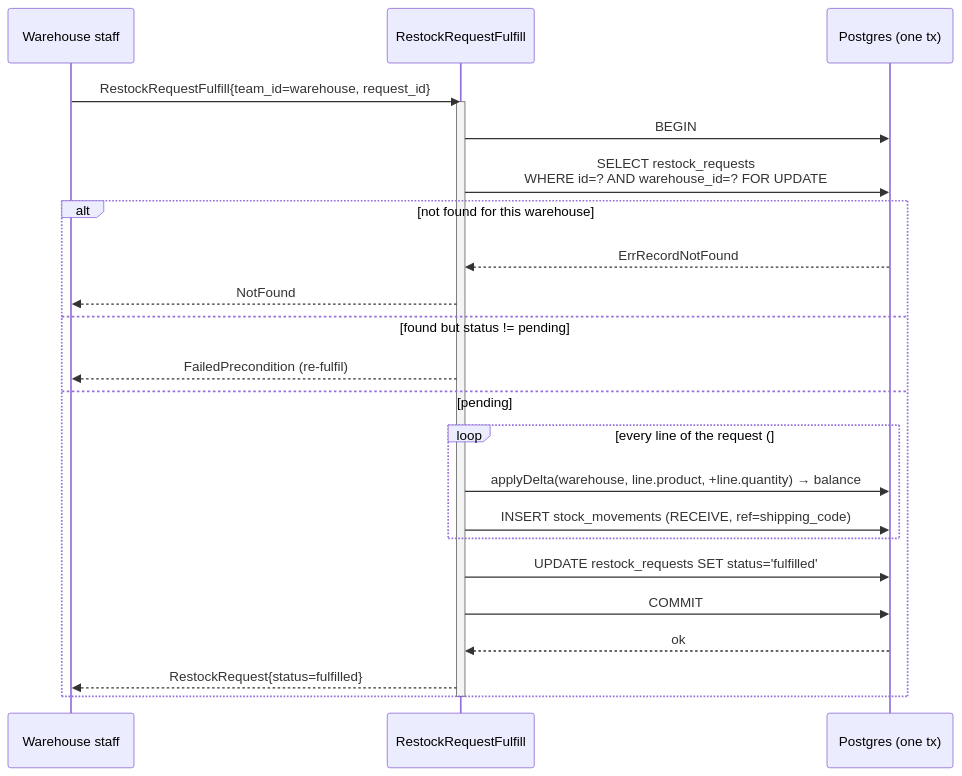
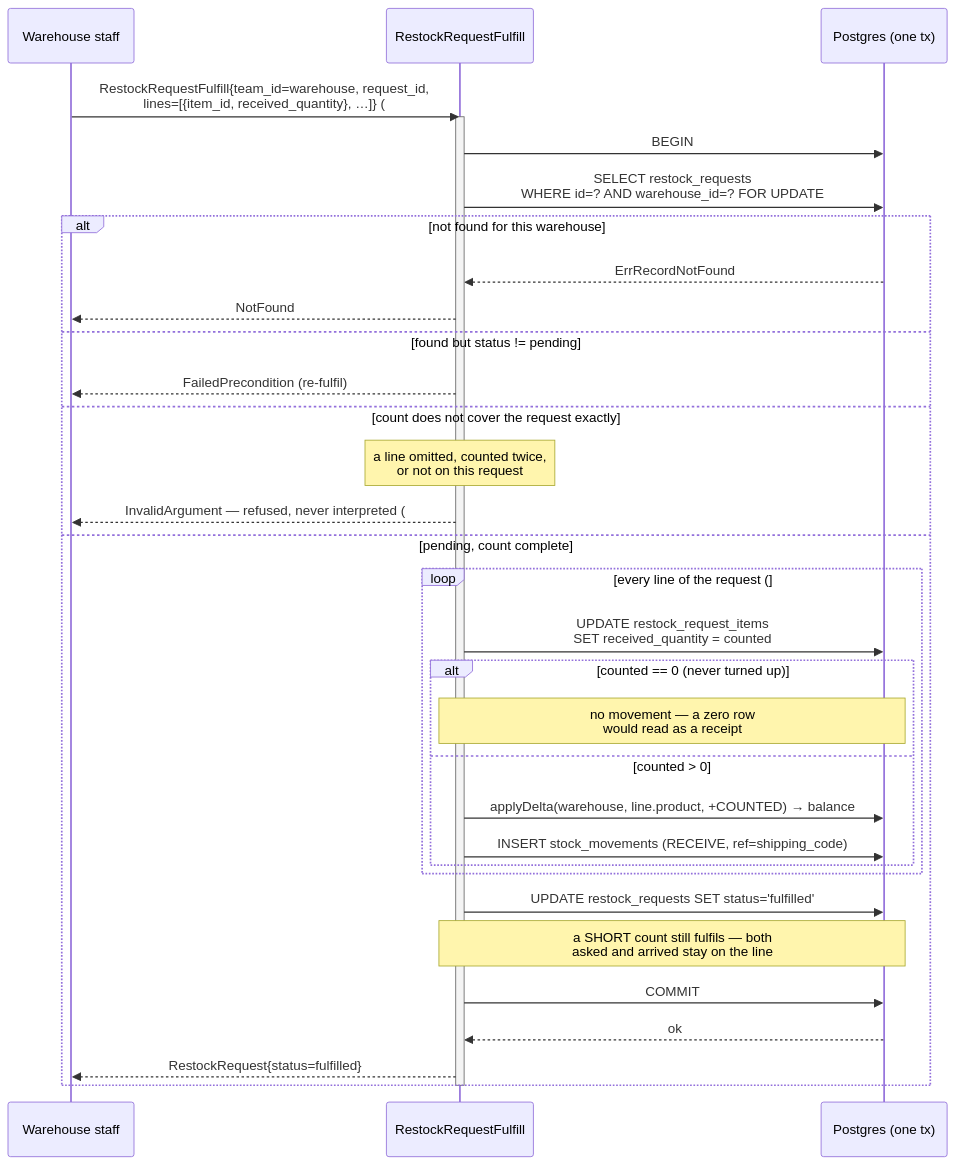
One commit to pdcgo/warehouse_revamp changed the third of 3 diagrams in docs/services/inventory_service/rpc.md. Above: the diagram before and after it, drawn with Mermaid. The commit also changed other lines of this file and 15 other files, not shown here.

````diff
--- a/docs/services/inventory_service/rpc.md
+++ b/docs/services/inventory_service/rpc.md
@@ -129,27 +146,36 @@
 ```mermaid
 sequenceDiagram
     participant W as Warehouse staff
     participant H as RestockRequestFulfill
     participant DB as Postgres (one tx)
 
-    W->>H: RestockRequestFulfill{team_id=warehouse, request_id}
+    W->>H: RestockRequestFulfill{team_id=warehouse, request_id,<br/>lines=[{item_id, received_quantity}, …]} (#133)
     activate H
     H->>DB: BEGIN
     H->>DB: SELECT restock_requests<br/>WHERE id=? AND warehouse_id=? FOR UPDATE
     alt not found for this warehouse
         DB-->>H: ErrRecordNotFound
         H-->>W: NotFound
     else found but status != pending
         H-->>W: FailedPrecondition (re-fulfil)
-    else pending
+    else count does not cover the request exactly
+        Note over H: a line omitted, counted twice,<br/>or not on this request
+        H-->>W: InvalidArgument — refused, never interpreted (#133)
+    else pending, count complete
         loop every line of the request (#124)
-            H->>DB: applyDelta(warehouse, line.product, +line.quantity) → balance
-            H->>DB: INSERT stock_movements (RECEIVE, ref=shipping_code)
+            H->>DB: UPDATE restock_request_items<br/>SET received_quantity = counted
+            alt counted == 0 (never turned up)
+                Note over H,DB: no movement — a zero row<br/>would read as a receipt
+            else counted > 0
+                H->>DB: applyDelta(warehouse, line.product, +COUNTED) → balance
+                H->>DB: INSERT stock_movements (RECEIVE, ref=shipping_code)
+            end
         end
         H->>DB: UPDATE restock_requests SET status='fulfilled'
+        Note over H,DB: a SHORT count still fulfils — both<br/>asked and arrived stay on the line
         H->>DB: COMMIT
         DB-->>H: ok
         H-->>W: RestockRequest{status=fulfilled}
     end
     deactivate H
 ```
````
